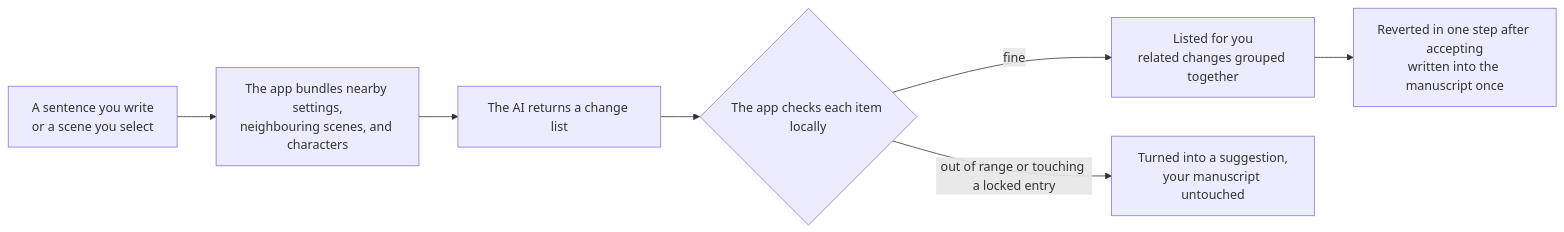
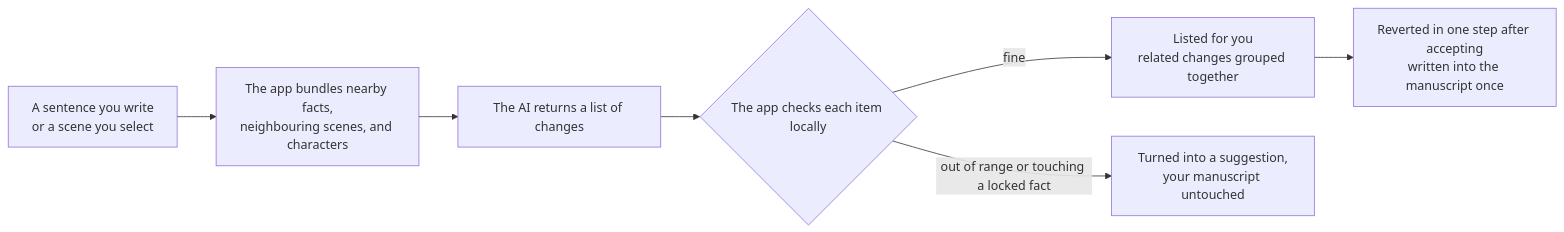
Before and after one commit to dynaeye/causality: the diagram in README.md, drawn with Mermaid. The commit also changed other lines of this file and 5 other files, not shown here.

````diff
--- a/README.md
+++ b/README.md
@@ -216,9 +216,9 @@
 ```mermaid
 flowchart LR
-  A["A sentence you write<br/>or a scene you select"] --> B["The app bundles nearby settings,<br/>neighbouring scenes, and characters"]
-  B --> C["The AI returns a change list"]
+  A["A sentence you write<br/>or a scene you select"] --> B["The app bundles nearby facts,<br/>neighbouring scenes, and characters"]
+  B --> C["The AI returns a list of changes"]
   C --> D{"The app checks each item locally"}
   D -->|fine| E["Listed for you<br/>related changes grouped together"]
-  D -->|out of range or touching a locked entry| F["Turned into a suggestion,<br/>your manuscript untouched"]
+  D -->|out of range or touching a locked fact| F["Turned into a suggestion,<br/>your manuscript untouched"]
   E --> G["Reverted in one step after accepting<br/>written into the manuscript once"]
 ```
````
